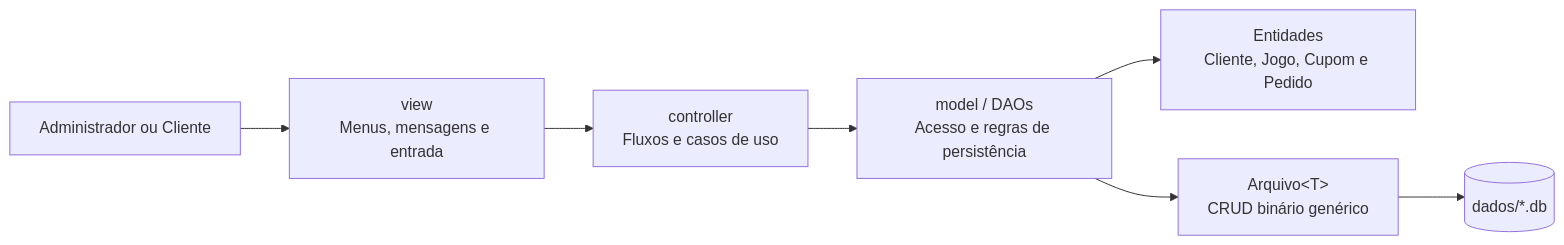
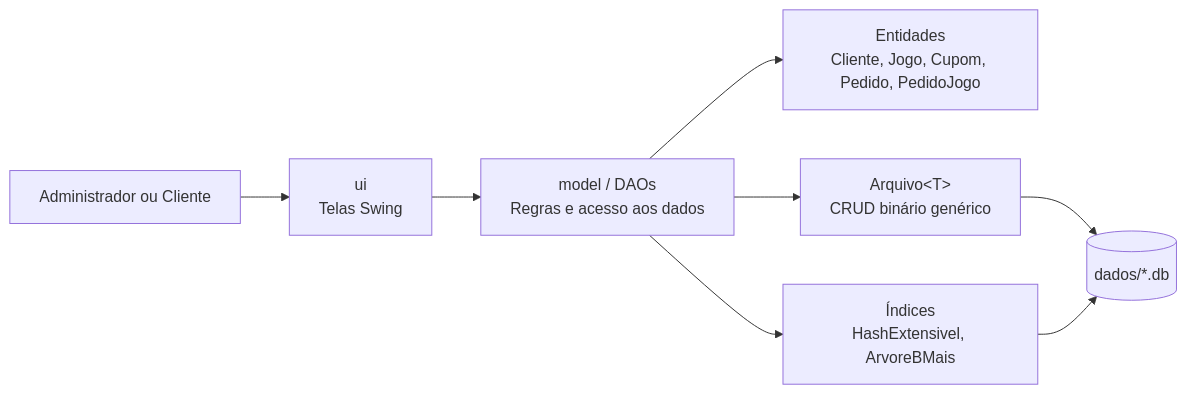
Before and after one commit to Pocam03/Aeds3-: the second of 2 diagrams in README.md, drawn with Mermaid. The commit also changed other lines of this file and 10 other files, not shown here.

````diff
--- a/README.md
+++ b/README.md
@@ -180,9 +267,10 @@
 ```mermaid
 flowchart LR
-    usuario[Administrador ou Cliente] --> view[view<br/>Menus, mensagens e entrada]
-    view --> controller[controller<br/>Fluxos e casos de uso]
-    controller --> dao[model / DAOs<br/>Acesso e regras de persistência]
-    dao --> entidades[Entidades<br/>Cliente, Jogo, Cupom e Pedido]
+    usuario[Administrador ou Cliente] --> ui[ui<br/>Telas Swing]
+    ui --> dao[model / DAOs<br/>Regras e acesso aos dados]
+    dao --> entidades[Entidades<br/>Cliente, Jogo, Cupom, Pedido, PedidoJogo]
+    dao --> indices[Índices<br/>HashExtensivel, ArvoreBMais]
     dao --> arquivo[Arquivo&lt;T&gt;<br/>CRUD binário genérico]
     arquivo --> dados[(dados/*.db)]
+    indices --> dados
 ```
````
